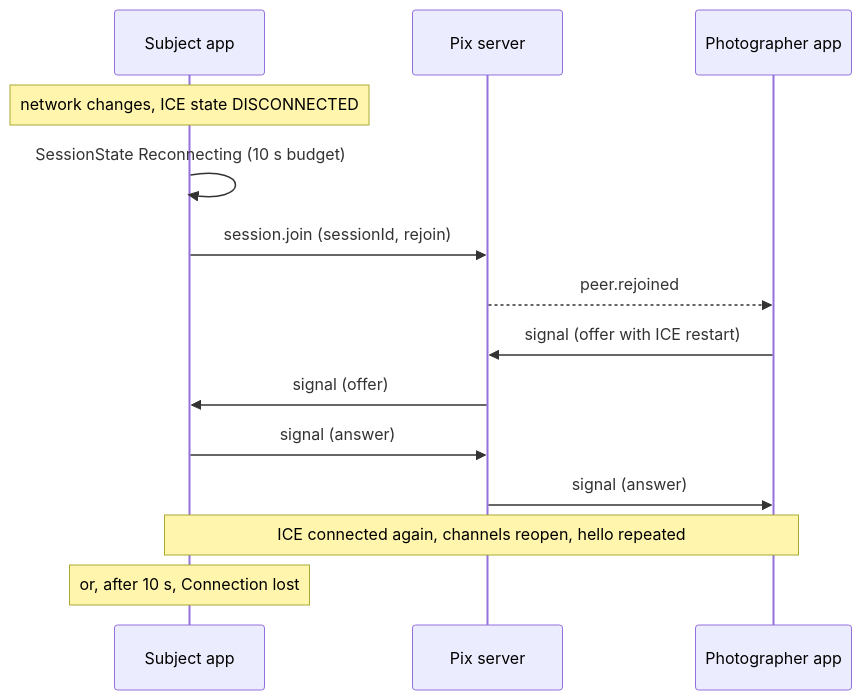
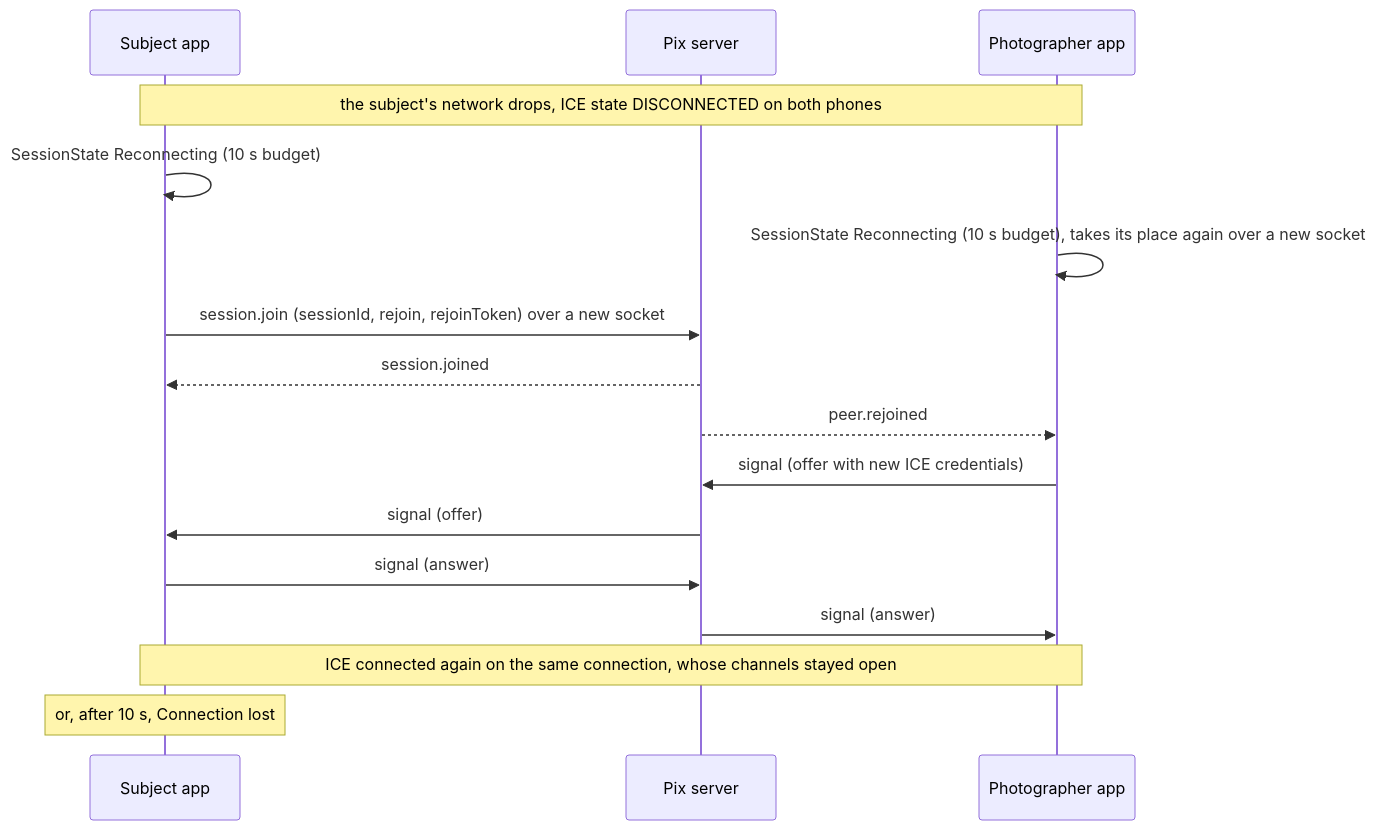
Before and after one commit to snuhcs-course/swpp-2026-project-team-10: the fourth of 12 diagrams in wiki/Design-Documentation.md, drawn with Mermaid. The commit also changed other lines of this file and 33 other files, not shown here.

````diff
--- a/wiki/Design-Documentation.md
+++ b/wiki/Design-Documentation.md
@@ -203,16 +204,18 @@
 ```mermaid
 sequenceDiagram
   participant S as Subject app
   participant SV as Pix server
   participant P as Photographer app
-  Note over S: network changes, ICE state DISCONNECTED
+  Note over S,P: the subject's network drops, ICE state DISCONNECTED on both phones
   S->>S: SessionState Reconnecting (10 s budget)
-  S->>SV: session.join (sessionId, rejoin)
+  P->>P: SessionState Reconnecting (10 s budget), takes its place again over a new socket
+  S->>SV: session.join (sessionId, rejoin, rejoinToken) over a new socket
+  SV-->>S: session.joined
   SV-->>P: peer.rejoined
-  P->>SV: signal (offer with ICE restart)
+  P->>SV: signal (offer with new ICE credentials)
   SV->>S: signal (offer)
   S->>SV: signal (answer)
   SV->>P: signal (answer)
-  Note over P,S: ICE connected again, channels reopen, hello repeated
+  Note over P,S: ICE connected again on the same connection, whose channels stayed open
   Note over S: or, after 10 s, Connection lost
 ```
````
